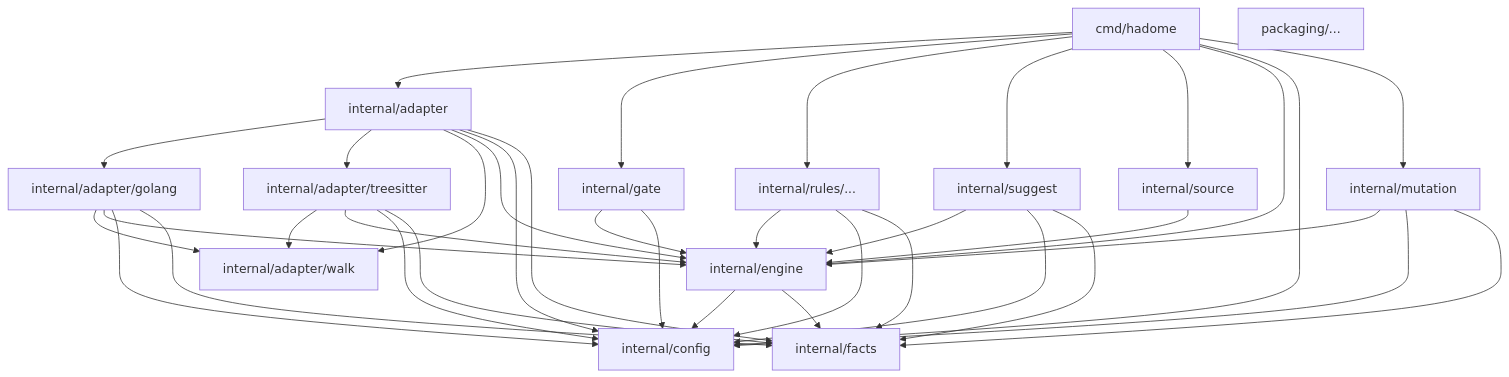
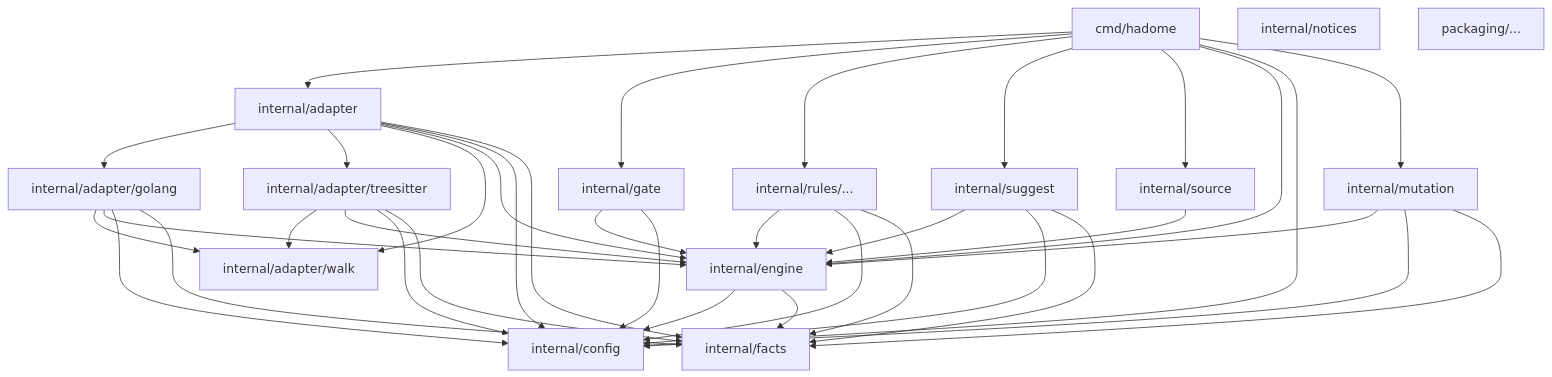
Before and after one commit to rerorets/hadome: the diagram in docs/design/dependencies.ja.md, drawn with Mermaid. The commit also changed other lines of this file and 15 other files, not shown here.

````diff
--- a/docs/design/dependencies.ja.md
+++ b/docs/design/dependencies.ja.md
@@ -5,16 +5,17 @@
 ```mermaid
 flowchart TB
   cmd["cmd/hadome"] --> adapter["internal/adapter"] & gate["internal/gate"] & rules["internal/rules/..."]
   cmd --> suggest["internal/suggest"] & source["internal/source"] & engine["internal/engine"] & config["internal/config"]
   cmd --> mutation["internal/mutation"]
   adapter --> golang["internal/adapter/golang"] & treesitter["internal/adapter/treesitter"]
   adapter & golang & treesitter --> walk["internal/adapter/walk"]
   adapter & golang & treesitter --> engine & config & facts["internal/facts"]
   engine --> config & facts
   gate --> engine & config
   rules --> engine & config & facts
   suggest --> engine & config & facts
   source --> engine
   mutation --> engine & config & facts
+  notices["internal/notices"]
   packaging["packaging/..."]
 ```
````
